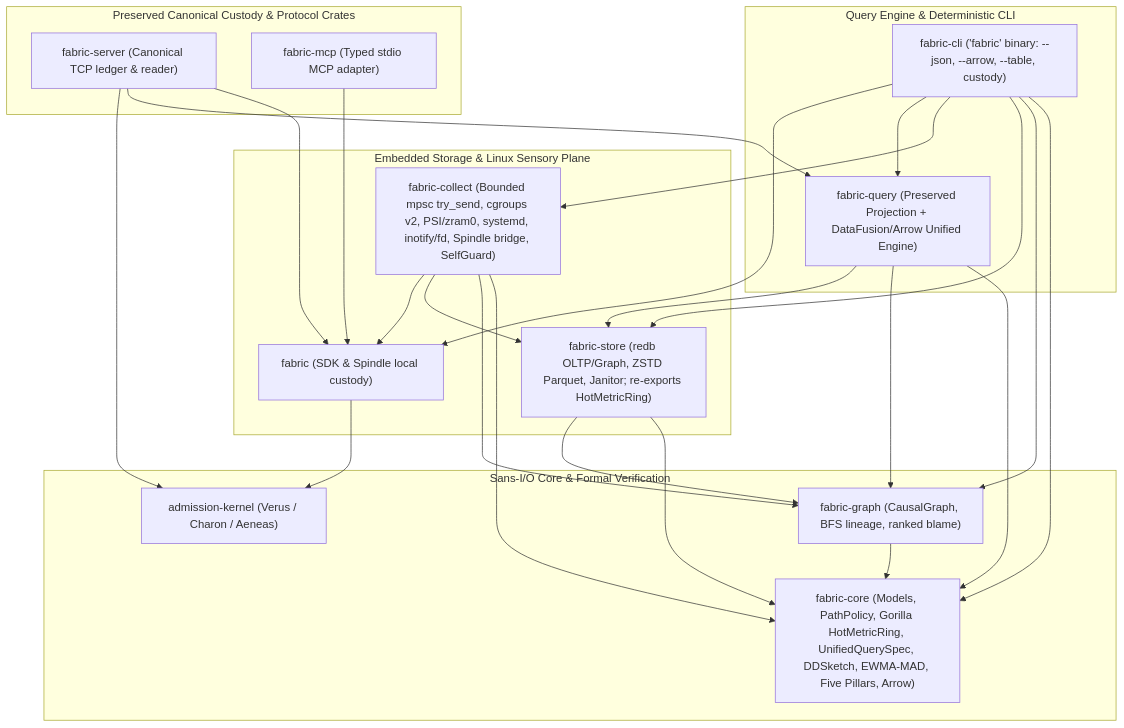
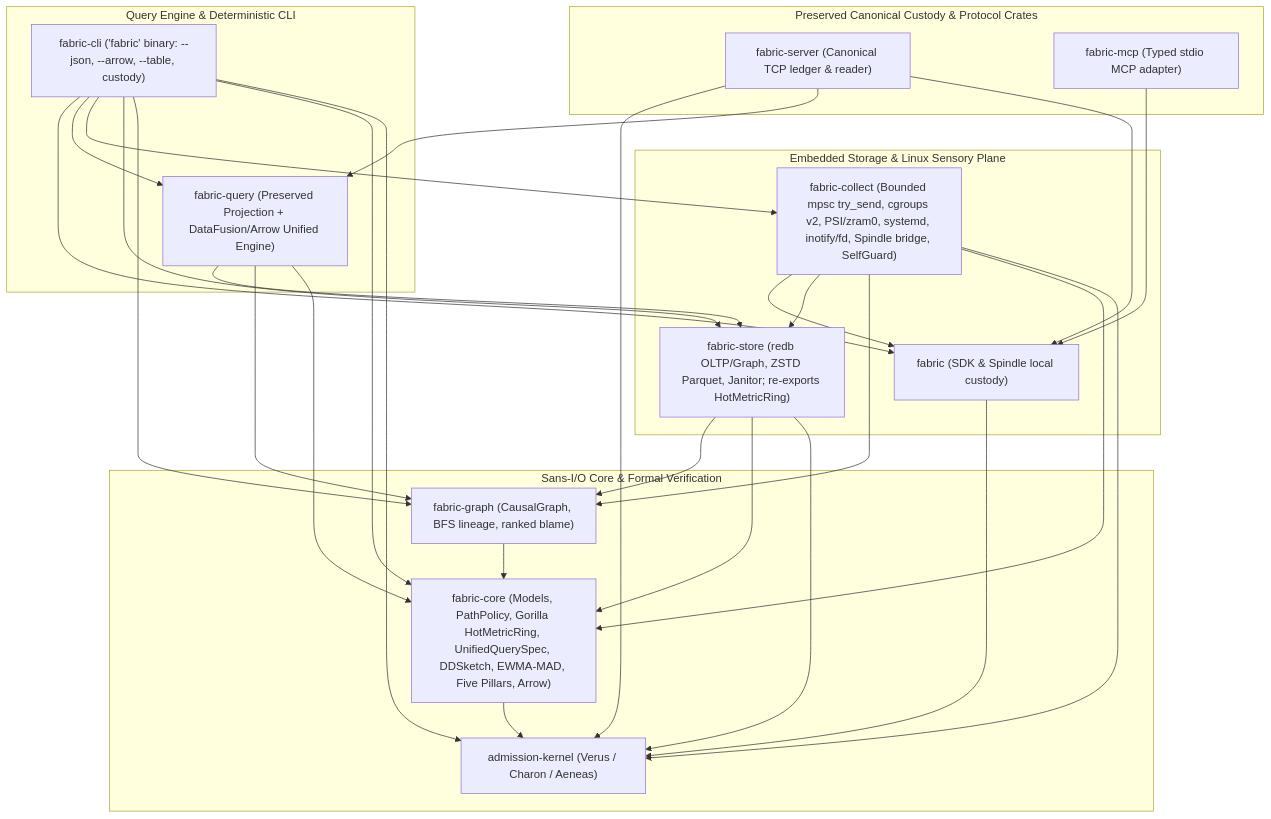
Before and after one commit to kmosoti/FabricO11y: the first of 3 diagrams in docs/architecture.md, drawn with Mermaid. The commit also changed other lines of this file and 33 other files, not shown here.

````diff
--- a/docs/architecture.md
+++ b/docs/architecture.md
@@ -9,45 +9,49 @@
 ```mermaid
 flowchart TD
     subgraph SansIO["Sans-I/O Core & Formal Verification"]
         AK["admission-kernel (Verus / Charon / Aeneas)"]
         FC["fabric-core (Models, PathPolicy, Gorilla HotMetricRing, UnifiedQuerySpec, DDSketch, EWMA-MAD, Five Pillars, Arrow)"]
         FG["fabric-graph (CausalGraph, BFS lineage, ranked blame)"]
+        FC --> AK
         FG --> FC
     end
 
     subgraph StorageAndCollection["Embedded Storage & Linux Sensory Plane"]
         FS["fabric-store (redb OLTP/Graph, ZSTD Parquet, Janitor; re-exports HotMetricRing)"]
         COL["fabric-collect (Bounded mpsc try_send, cgroups v2, PSI/zram0, systemd, inotify/fd, Spindle bridge, SelfGuard)"]
+        FS --> AK
         FS --> FC
         FS --> FG
+        COL --> AK
         COL --> FC
         COL --> FG
         COL --> FS
         COL --> FAB
     end
 
     subgraph QueryAndCLI["Query Engine & Deterministic CLI"]
         FQ["fabric-query (Preserved Projection + DataFusion/Arrow Unified Engine)"]
         CLI["fabric-cli ('fabric' binary: --json, --arrow, --table, custody)"]
         FQ --> FC
         FQ --> FG
         FQ --> FS
+        CLI --> AK
         CLI --> FC
         CLI --> FG
         CLI --> FS
         CLI --> COL
         CLI --> FQ
         CLI --> FAB
     end
 
     subgraph PreservedCustody["Preserved Canonical Custody & Protocol Crates"]
         FAB["fabric (SDK & Spindle local custody)"]
         SRV["fabric-server (Canonical TCP ledger & reader)"]
         MCP["fabric-mcp (Typed stdio MCP adapter)"]
         FAB --> AK
         SRV --> FAB
         SRV --> FQ
         SRV --> AK
         MCP --> FAB
     end
 ```
````
